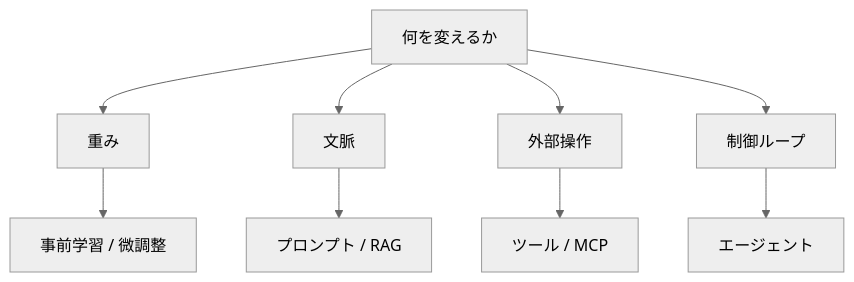
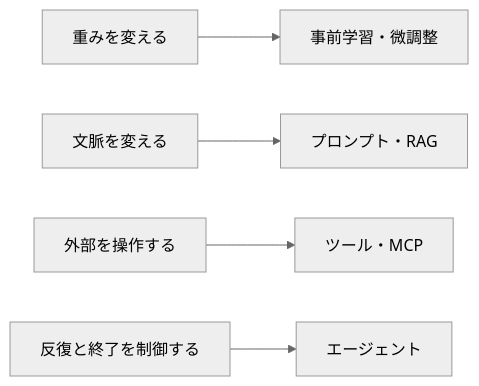
Before and after one commit to daylight55/research: the first of 2 diagrams in articles/report/llm-training-finetuning-rag-agents/ja/index.mdx, drawn with Mermaid (neutral theme). The commit also changed other lines of this file and 181 other files, not shown here.

First line of the commit message:
全記事の図解368点を再生成し、共通注意書きを削除 (#402)

````diff
--- a/articles/report/llm-training-finetuning-rag-agents/ja/index.mdx
+++ b/articles/report/llm-training-finetuning-rag-agents/ja/index.mdx
@@ -33,11 +33,17 @@
 ```mermaid
-flowchart TD
-  Q["何を変えるか"] --> W["重み"]
-  Q --> C["文脈"]
-  Q --> A["外部操作"]
-  Q --> L["制御ループ"]
-  W --> P["事前学習 / 微調整"]
-  C --> R["プロンプト / RAG"]
-  A --> T["ツール / MCP"]
-  L --> G["エージェント"]
+flowchart LR
+  accTitle: 重み・文脈・外部操作・制御を区別する
+  accDescr: 事前学習・微調整は重み、RAGは取得文脈、ツールは外部操作を変える。エージェントはそれらを反復して使う制御を担う。
+  N0["重みを変える"]
+  N1["事前学習・微調整"]
+  N2["文脈を変える"]
+  N3["プロンプト・RAG"]
+  N4["外部を操作する"]
+  N5["ツール・MCP"]
+  N6["反復と終了を制御する"]
+  N7["エージェント"]
+  N0 --> N1
+  N2 --> N3
+  N4 --> N5
+  N6 --> N7
 ```
````
